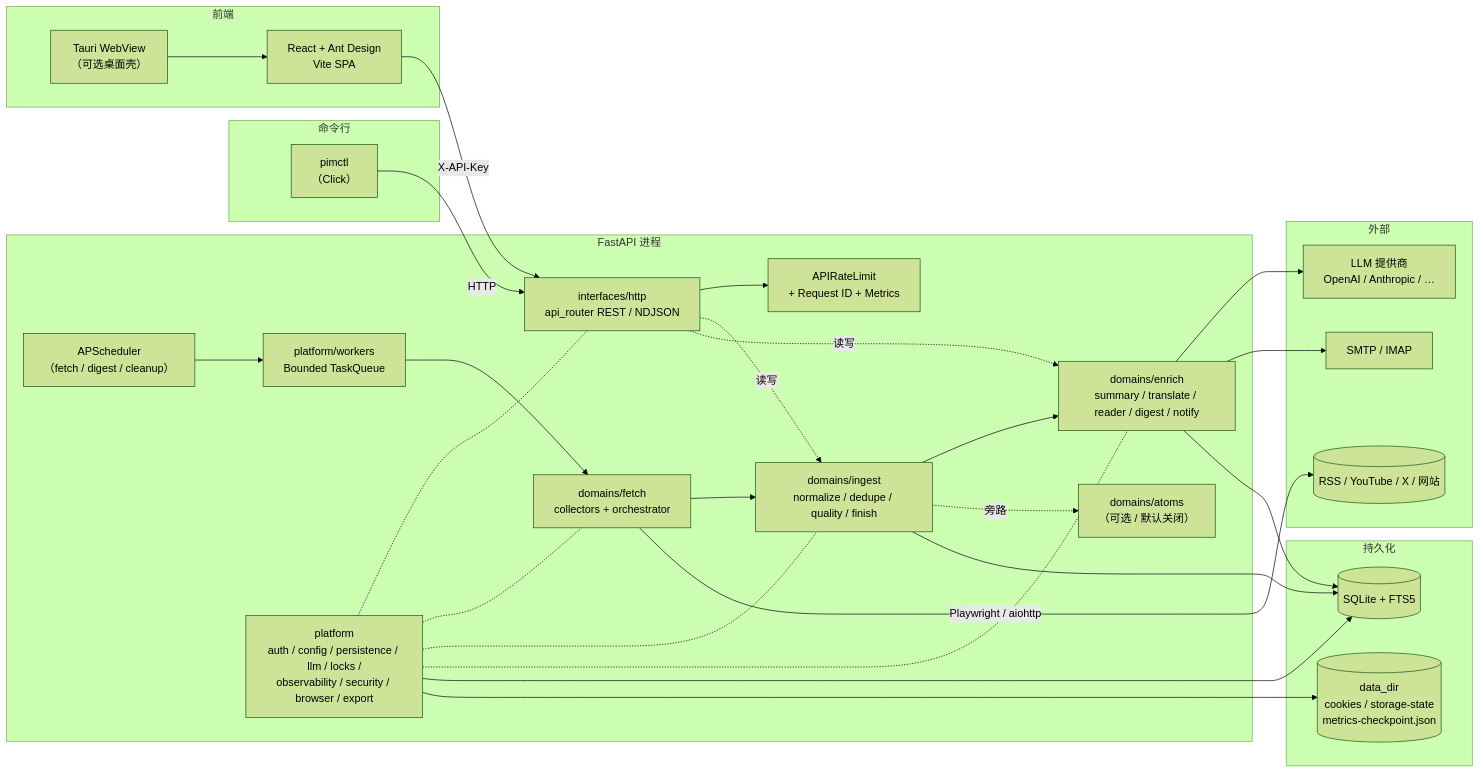
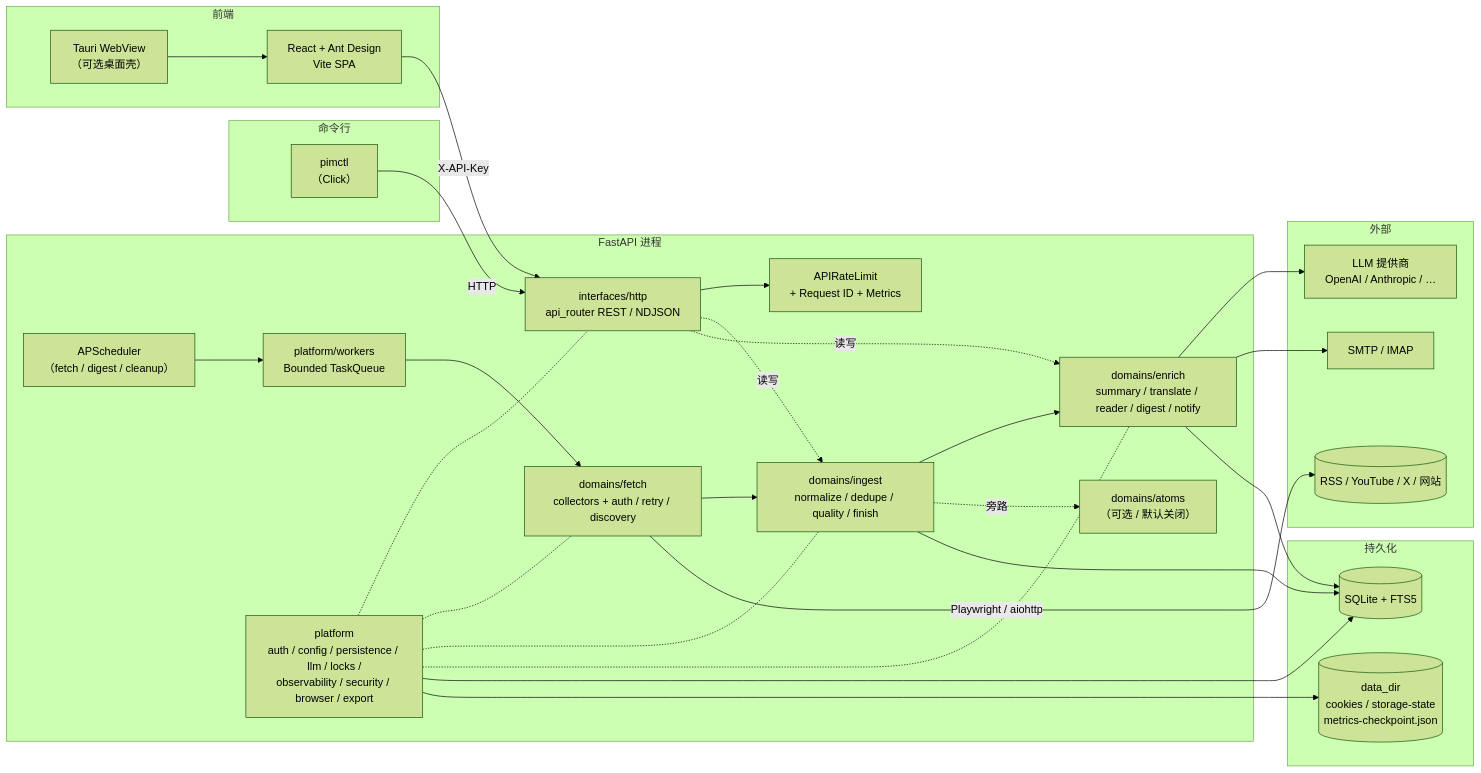
The first of 4 diagrams in docs/ARCHITECTURE.md (wangbubu2023/personal-info-monitor), drawn with Mermaid (forest theme) before and after one commit. The commit also changed other lines of this file and 285 other files, not shown here.

````diff
--- a/docs/ARCHITECTURE.md
+++ b/docs/ARCHITECTURE.md
@@ -18,56 +17,56 @@
 ```mermaid
 flowchart LR
   subgraph UI[前端]
     FE[React + Ant Design<br/>Vite SPA]
     TAURI[Tauri WebView<br/>（可选桌面壳）]
   end
 
   subgraph CLI[命令行]
     PIMCTL[pimctl<br/>（Click）]
   end
 
   subgraph BACKEND[FastAPI 进程]
     API[interfaces/http<br/>api_router REST / NDJSON]
     MIDDLE[APIRateLimit<br/>+ Request ID + Metrics]
     SCHED[APScheduler<br/>（fetch / digest / cleanup）]
     QUEUE[platform/workers<br/>Bounded TaskQueue]
-    FETCH[domains/fetch<br/>collectors + orchestrator]
+    FETCH[domains/fetch<br/>collectors + auth / retry / discovery]
     INGEST[domains/ingest<br/>normalize / dedupe / quality / finish]
     ENRICH[domains/enrich<br/>summary / translate / reader / digest / notify]
     ATOMS[domains/atoms<br/>（可选 / 默认关闭）]
     PLAT[platform<br/>auth / config / persistence / llm / locks /<br/>observability / security / browser / export]
   end
 
   subgraph DATA[持久化]
     DB[(SQLite + FTS5)]
     FS[(data_dir<br/>cookies / storage-state<br/>metrics-checkpoint.json)]
   end
 
   subgraph EXT[外部]
     SRC[(RSS / YouTube / X / 网站)]
     LLM[LLM 提供商<br/>OpenAI / Anthropic / …]
     MAIL[SMTP / IMAP]
   end
 
   FE -->|X-API-Key| API
   TAURI --> FE
   PIMCTL -->|HTTP| API
 
   API --> MIDDLE
   SCHED --> QUEUE
   QUEUE --> FETCH --> INGEST --> ENRICH
   INGEST -. 旁路 .-> ATOMS
   FETCH -->|Playwright / aiohttp| SRC
   ENRICH --> LLM
   ENRICH --> MAIL
   API -. 读写 .-> INGEST
   API -. 读写 .-> ENRICH
   INGEST --> DB
   ENRICH --> DB
   PLAT -.- API
   PLAT -.- FETCH
   PLAT -.- INGEST
   PLAT -.- ENRICH
   PLAT --> DB
   PLAT --> FS
 ```
````
